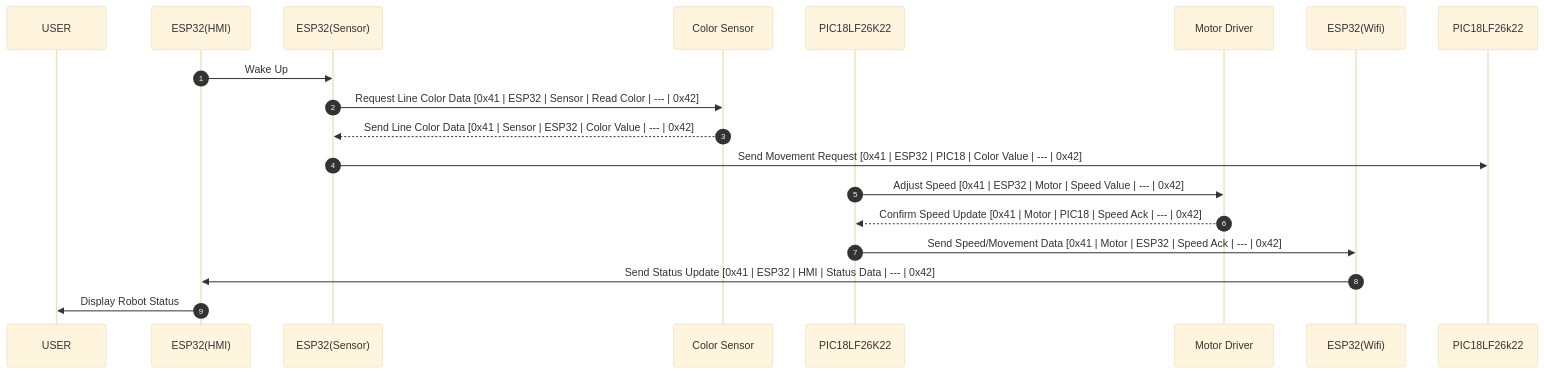
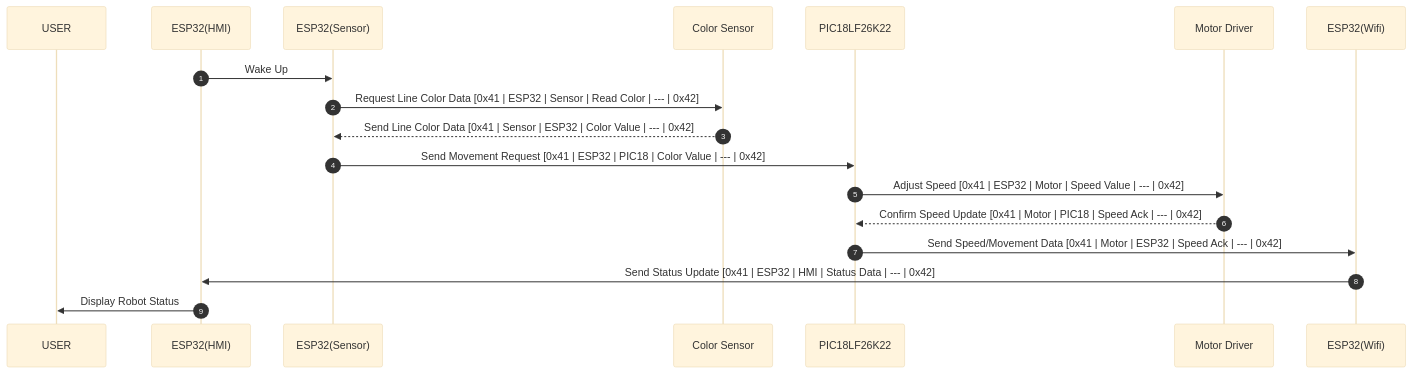
One commit to ASU-EGR314-2025-S-305/ASU-EGR314-2025-S-305.github.io changed the second of 2 diagrams in docs/Block-Diagram.md. Above: the diagram before and after it, drawn with Mermaid (base theme).

````diff
--- a/docs/Block-Diagram.md
+++ b/docs/Block-Diagram.md
@@ -126,21 +126,21 @@
 ```mermaid
 sequenceDiagram
     autonumber
     participant USER
     participant ESP32(HMI)
     participant ESP32(Sensor)
     participant Color Sensor
     participant PIC18LF26K22
     participant Motor Driver
     participant ESP32(Wifi)
 
     ESP32(HMI)->>ESP32(Sensor): Wake Up
     ESP32(Sensor)->>Color Sensor: Request Line Color Data [0x41 | ESP32 | Sensor | Read Color | --- | 0x42]
     Color Sensor-->>ESP32(Sensor): Send Line Color Data [0x41 | Sensor | ESP32 | Color Value | --- | 0x42]
-    ESP32(Sensor)->>PIC18LF26k22: Send Movement Request [0x41 | ESP32 | PIC18 | Color Value | --- | 0x42]
+    ESP32(Sensor)->>PIC18LF26K22: Send Movement Request [0x41 | ESP32 | PIC18 | Color Value | --- | 0x42]
     PIC18LF26K22->>Motor Driver: Adjust Speed [0x41 | ESP32 | Motor | Speed Value | --- | 0x42]
     Motor Driver-->>PIC18LF26K22: Confirm Speed Update [0x41 | Motor | PIC18 | Speed Ack | --- | 0x42]
     PIC18LF26K22->>ESP32(Wifi): Send Speed/Movement Data [0x41 | Motor | ESP32 | Speed Ack | --- | 0x42]
     ESP32(Wifi)->>ESP32(HMI): Send Status Update [0x41 | ESP32 | HMI | Status Data | --- | 0x42]
     ESP32(HMI)->>USER: Display Robot Status
 ```
````
